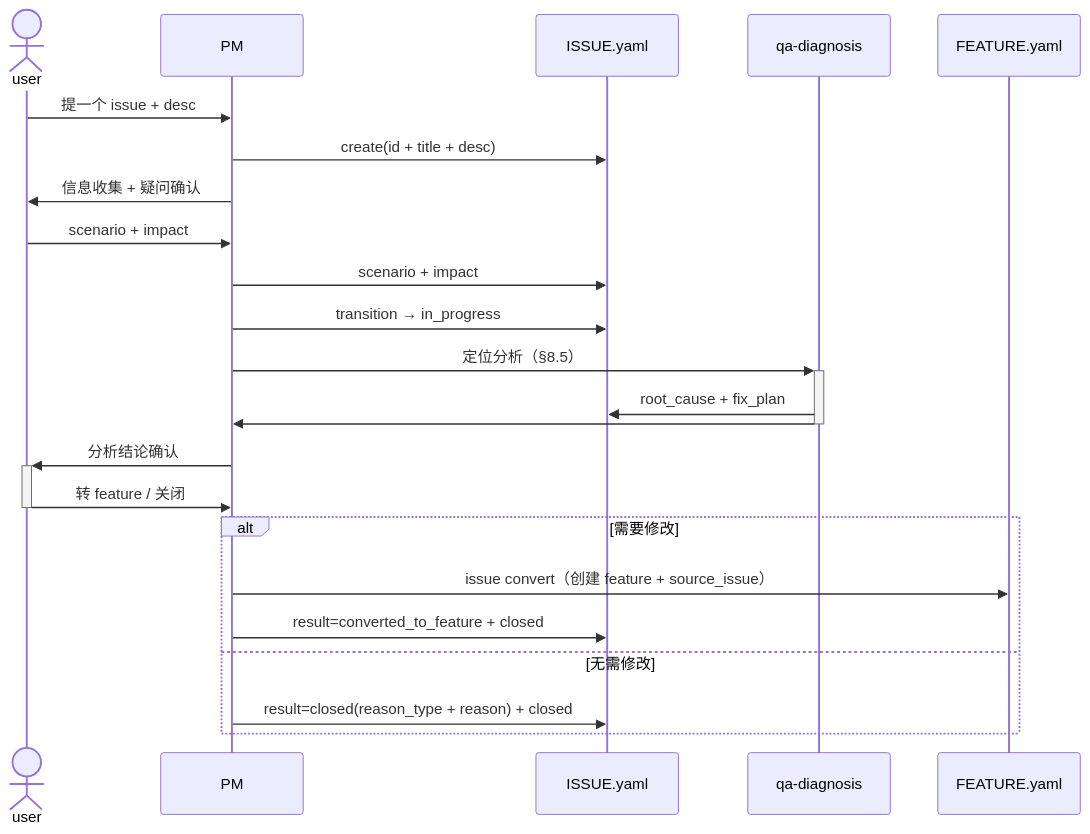
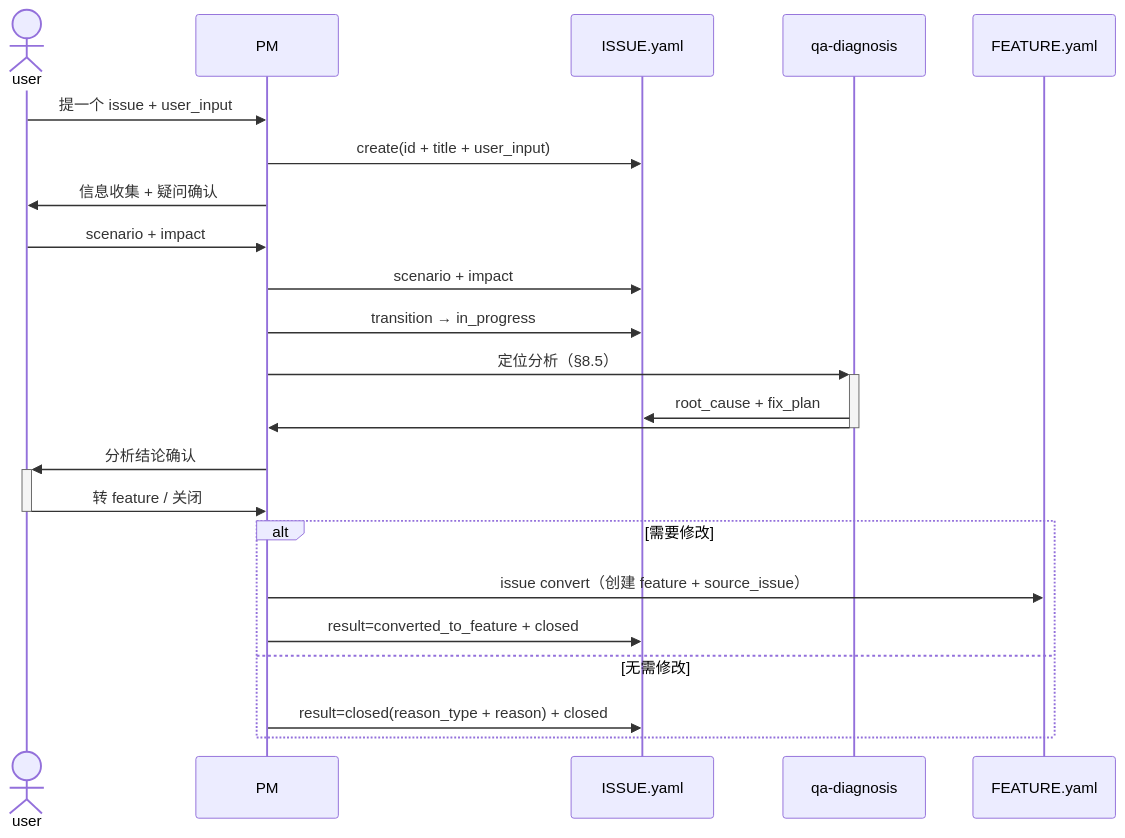
The third of 3 diagrams in system-prompt/agent-factory/agent-pm.md (JoeyAssistant/skill-repo), drawn with Mermaid before and after one commit. The commit also changed other lines of this file and 13 other files, not shown here.

First line of the commit message:
refactor(agent-factory): desc 字段更名为 user_input

````diff
--- a/system-prompt/agent-factory/agent-pm.md
+++ b/system-prompt/agent-factory/agent-pm.md
@@ -701,26 +701,26 @@
 ```mermaid
 sequenceDiagram
     actor user
     participant pm as PM
     participant issue as ISSUE.yaml
     participant diag as qa-diagnosis
     participant feat as FEATURE.yaml
 
-    user->>pm: 提一个 issue + desc
-    pm->>issue: create(id + title + desc)
+    user->>pm: 提一个 issue + user_input
+    pm->>issue: create(id + title + user_input)
     pm->>user: 信息收集 + 疑问确认
     user->>pm: scenario + impact
     pm->>issue: scenario + impact
     pm->>issue: transition → in_progress
     pm->>+diag: 定位分析（§8.5）
     diag->>issue: root_cause + fix_plan
     diag->>-pm:
     pm->>+user: 分析结论确认
     user->>-pm: 转 feature / 关闭
     alt 需要修改
         pm->>feat: issue convert（创建 feature + source_issue）
         pm->>issue: result=converted_to_feature + closed
     else 无需修改
         pm->>issue: result=closed(reason_type + reason) + closed
     end
 ```
````
